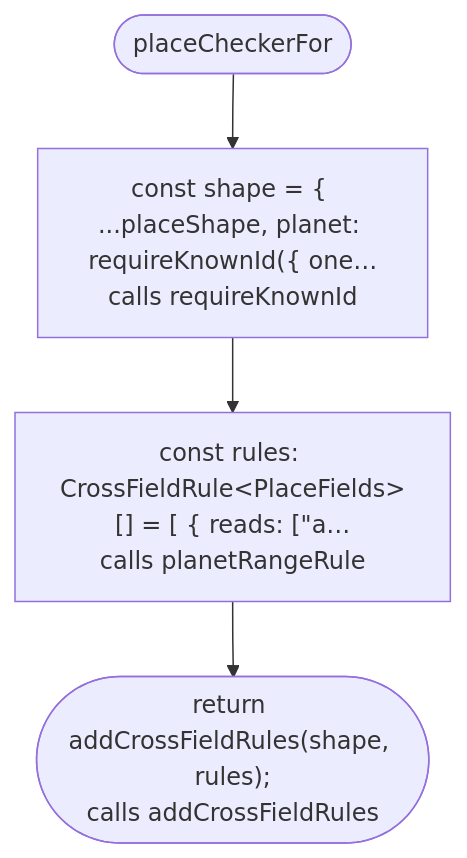
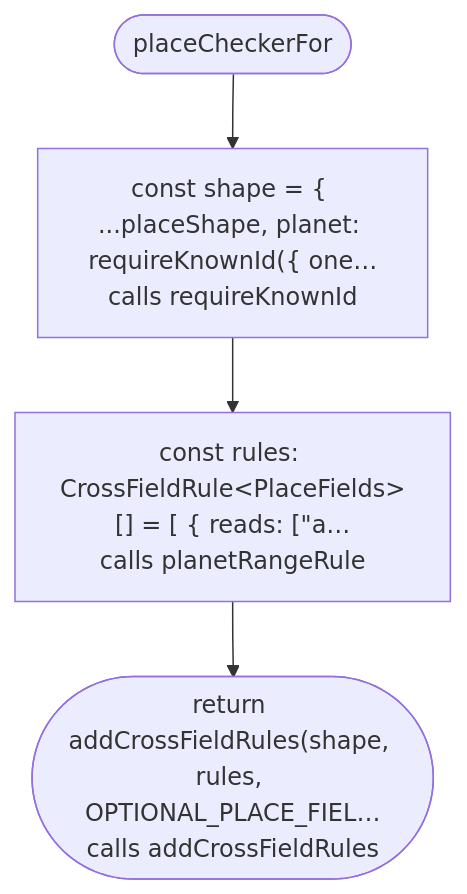
Before and after one commit to NewDara-Star/world-engine: the seventh of 8 diagrams in docs/flows/src/place/place.md, drawn with Mermaid. The commit also changed 306 other files, not shown here.

````diff
--- a/docs/flows/src/place/place.md
+++ b/docs/flows/src/place/place.md
@@ -124,10 +124,10 @@
 ```mermaid
 flowchart TD
   n1(["placeCheckerFor"])
   n2["const shape = { ...placeShape, planet: requireKnownId({ one…<br/>calls requireKnownId"]
   n3["const rules: CrossFieldRule#lt;PlaceFields#gt;[] = [ { reads: [#quot;a…<br/>calls planetRangeRule"]
-  n4(["return addCrossFieldRules(shape, rules);<br/>calls addCrossFieldRules"])
+  n4(["return addCrossFieldRules(shape, rules, OPTIONAL_PLACE_FIEL…<br/>calls addCrossFieldRules"])
   n1 --> n2
   n2 --> n3
   n3 --> n4
 ```
````
